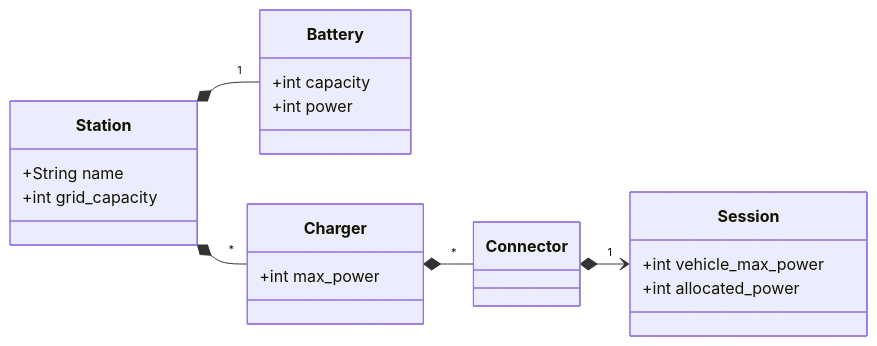
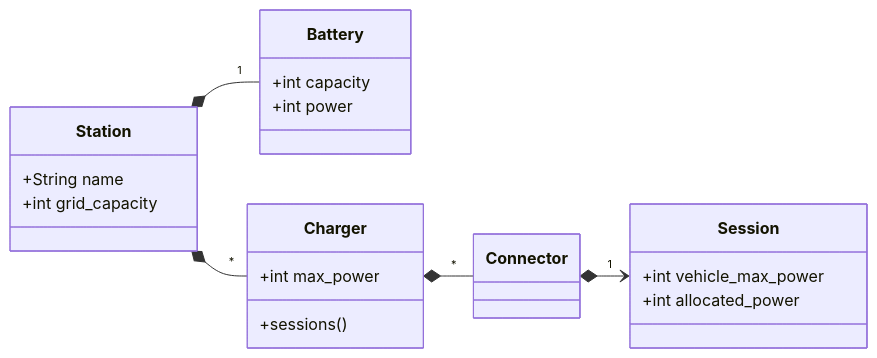
The diagram in README.md (lucasdchamps/sems), drawn with Mermaid before and after one commit. The commit also changed 3 other files, not shown here.

````diff
--- a/README.md
+++ b/README.md
@@ -30,23 +30,24 @@
 ```mermaid
 classDiagram
 direction LR
     Station *-- "1" Battery
     Station *-- "*" Charger
     Charger *-- "*" Connector
     Connector *--> "1" Session
     class Station {
         +String name
         +int grid_capacity
     }
     class Charger {
         +int max_power
+        +sessions()
     }
     class Session {
         +int vehicle_max_power
         +int allocated_power
     }
     class Battery {
         +int capacity
         +int power
     }
 ```
````
